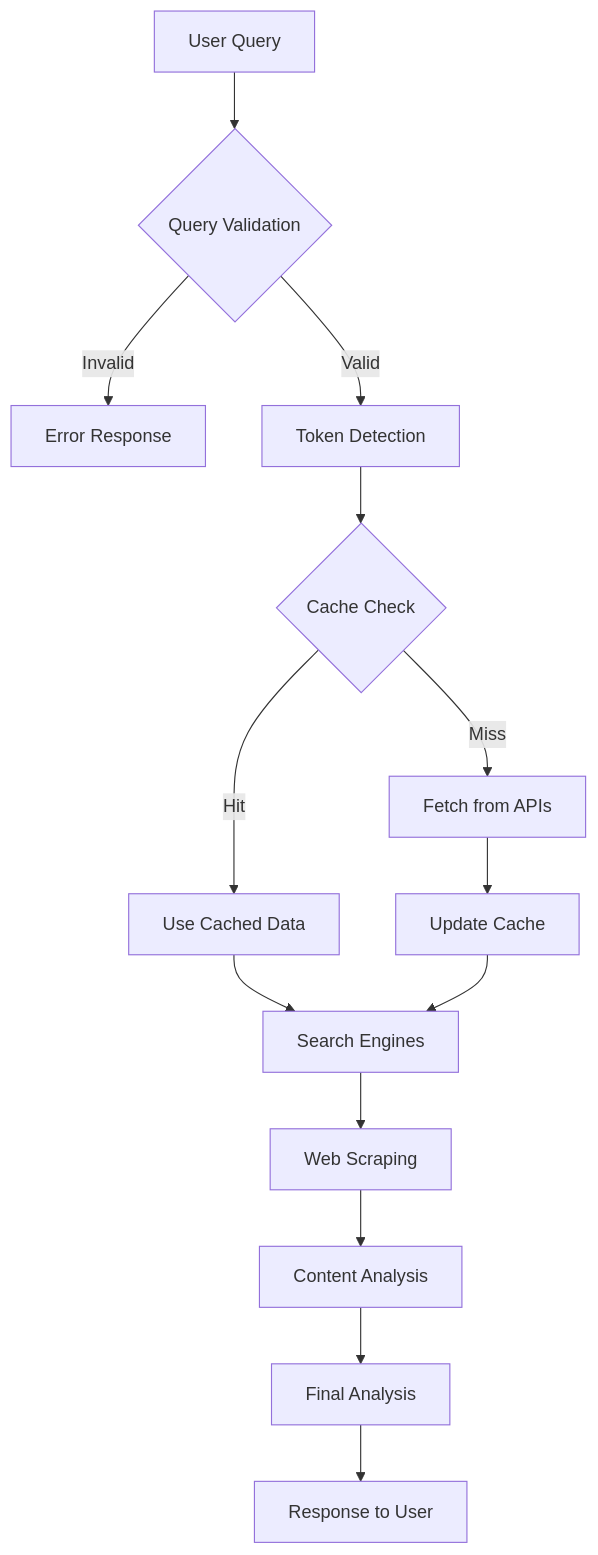
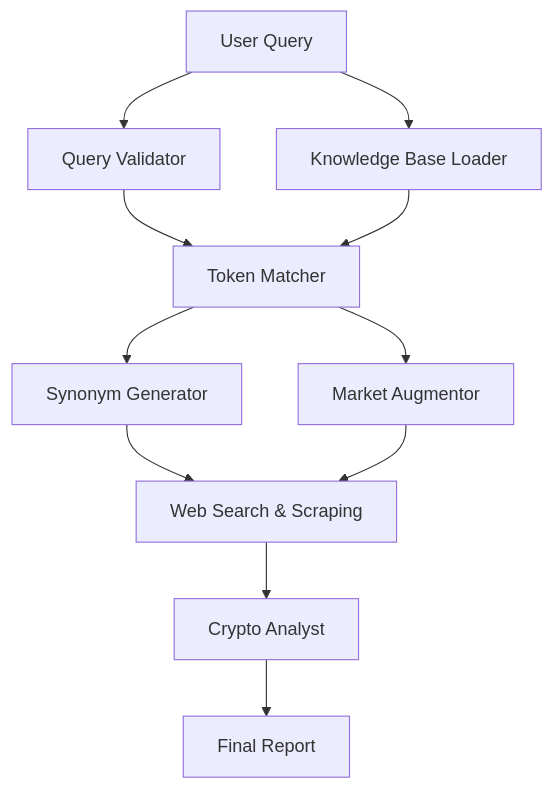
One commit to jayasaisrikar/on-chain-analysis-agent changed the diagram in README.md. Above: the diagram before and after it, drawn with Mermaid. The commit also changed other lines of this file, not shown here.

````diff
--- a/README.md
+++ b/README.md
@@ -470,16 +474,17 @@
 ```mermaid
-graph TD
-    A[User Query] --> B{Query Validation}
-    B -->|Invalid| C[Error Response]
-    B -->|Valid| D[Token Detection]
-    D --> E{Cache Check}
-    E -->|Hit| F[Use Cached Data]
-    E -->|Miss| G[Fetch from APIs]
-    G --> H[Update Cache]
-    F --> I[Search Engines]
-    H --> I
-    I --> J[Web Scraping]
-    J --> K[Content Analysis]
-    K --> L[Final Analysis]
-    L --> M[Response to User]
+flowchart TD
+    Q[User Query] --> V[Query Validator]
+    Q --> K[Knowledge Base Loader]
+
+    V --> T[Token Matcher]
+    K --> T
+
+    T --> S[Synonym Generator]
+    T --> M[Market Augmentor]
+
+    S --> W[Web Search & Scraping]
+    M --> W
+
+    W --> R[Crypto Analyst]
+    R --> F[Final Report]
 ```
````
